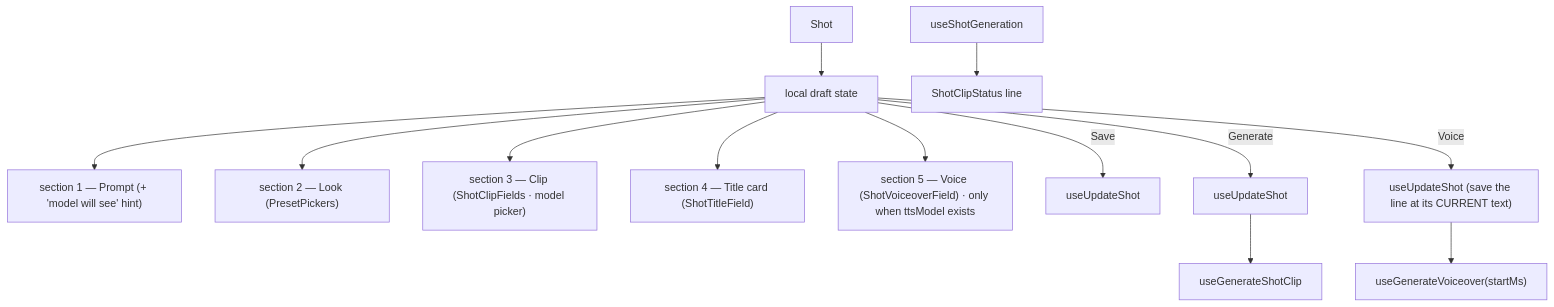
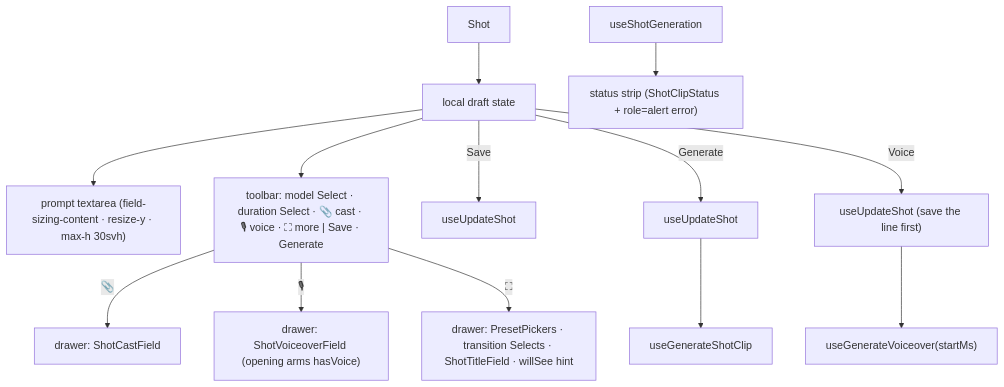
Before and after one commit to AzamatRaimbekov2/openCreate: the diagram in apps/web/src/modules/Cinema/components/ShotInspector.tsx.md, drawn with Mermaid. The commit also changed other lines of this file and 68 other files, not shown here.

````diff
--- a/apps/web/src/modules/Cinema/components/ShotInspector.tsx.md
+++ b/apps/web/src/modules/Cinema/components/ShotInspector.tsx.md
@@ -38,13 +45,13 @@
 ```mermaid
 flowchart TD
   SHOT[Shot] --> DRAFT[local draft state]
-  DRAFT --> S1["section 1 — Prompt (+ 'model will see' hint)"]
-  DRAFT --> S2["section 2 — Look (PresetPickers)"]
-  DRAFT --> S3["section 3 — Clip (ShotClipFields · model picker)"]
-  DRAFT --> S4["section 4 — Title card (ShotTitleField)"]
-  DRAFT --> S5["section 5 — Voice (ShotVoiceoverField) · only when ttsModel exists"]
+  DRAFT --> TA["prompt textarea (field-sizing-content · resize-y · max-h 30svh)"]
+  DRAFT --> TB["toolbar: model Select · duration Select · 📎 cast · 🎙 voice · ⛶ more | Save · Generate"]
+  TB -->|📎| D1["drawer: ShotCastField"]
+  TB -->|🎙| D2["drawer: ShotVoiceoverField (opening arms hasVoice)"]
+  TB -->|⛶| D3["drawer: PresetPickers · transition Selects · ShotTitleField · willSee hint"]
   DRAFT -->|Save| U[useUpdateShot]
   DRAFT -->|Generate| U2[useUpdateShot] --> GEN[useGenerateShotClip]
-  DRAFT -->|Voice| U3["useUpdateShot (save the line at its CURRENT text)"] --> VO["useGenerateVoiceover(startMs)"]
-  CLIP[useShotGeneration] --> STATUS[ShotClipStatus line]
+  DRAFT -->|Voice| U3["useUpdateShot (save the line first)"] --> VO["useGenerateVoiceover(startMs)"]
+  CLIP[useShotGeneration] --> STATUS["status strip (ShotClipStatus + role=alert error)"]
 ```
````
